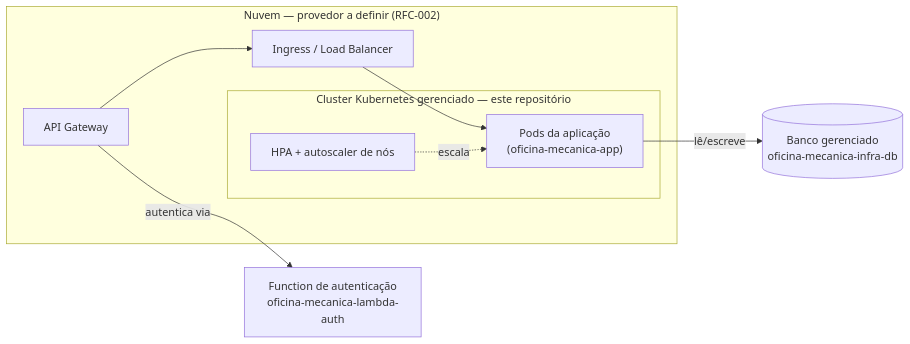
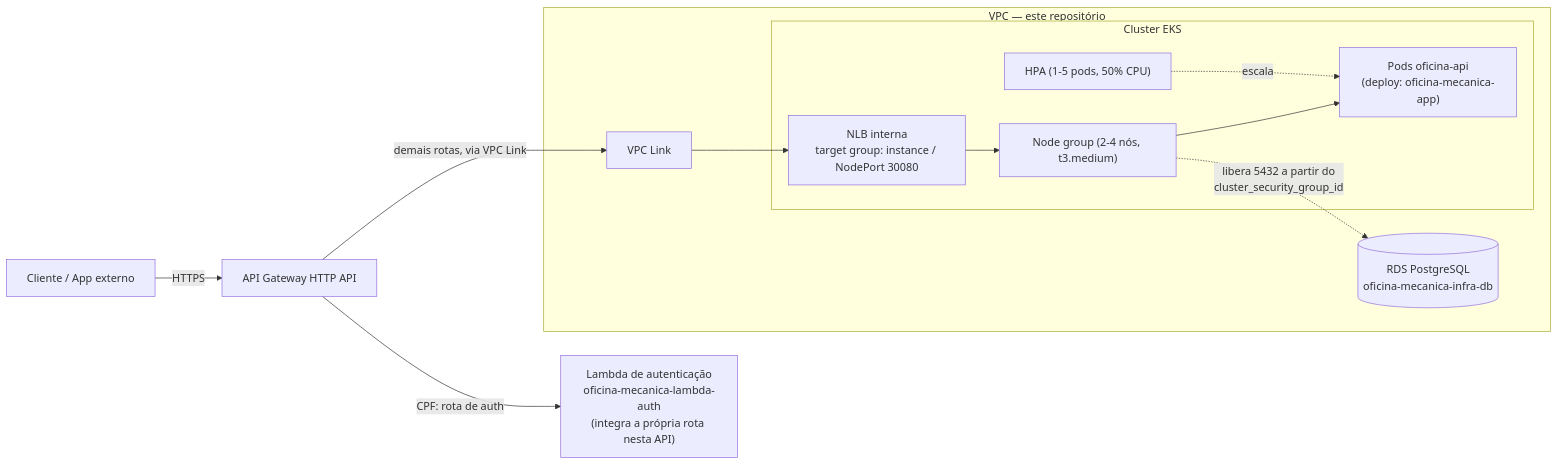
Before and after one commit to gabrielMauad/oficina-mecanica-infra-k8s: the diagram in README.md, drawn with Mermaid. The commit also changed other lines of this file and 11 other files, not shown here.

First line of the commit message:
feat: VPC, EKS, exposicao via NLB e API Gateway (Fase 3)

````diff
--- a/README.md
+++ b/README.md
@@ -45,15 +54,17 @@
 ```mermaid
 flowchart LR
-    subgraph Nuvem["Nuvem — provedor a definir (RFC-002)"]
-        GW[API Gateway]
-        LB[Ingress / Load Balancer]
-        subgraph K8S["Cluster Kubernetes gerenciado — este repositório"]
-            APIAPP["Pods da aplicação<br/>(oficina-mecanica-app)"]
-            HPA[HPA + autoscaler de nós]
+    Client[Cliente / App externo] -->|HTTPS| GW[API Gateway HTTP API]
+    GW -->|CPF: rota de auth| LAMBDA["Lambda de autenticação<br/>oficina-mecanica-lambda-auth<br/>(integra a própria rota nesta API)"]
+    GW -->|demais rotas, via VPC Link| VPCLINK[VPC Link]
+
+    subgraph VPC["VPC — este repositório"]
+        VPCLINK --> NLB["NLB interna<br/>target group: instance / NodePort 30080"]
+        subgraph EKS["Cluster EKS"]
+            NG["Node group (2-4 nós, t3.medium)"]
+            NLB --> NG
+            NG --> PODS["Pods oficina-api<br/>(deploy: oficina-mecanica-app)"]
+            HPA["HPA (1-5 pods, 50% CPU)"] -.escala.-> PODS
         end
+        NG -.libera 5432 a partir do<br/>cluster_security_group_id.-> RDS[("RDS PostgreSQL<br/>oficina-mecanica-infra-db")]
     end
-    GW --> LB --> APIAPP
-    HPA -.escala.-> APIAPP
-    APIAPP -->|lê/escreve| DB[("Banco gerenciado<br/>oficina-mecanica-infra-db")]
-    GW -->|autentica via| LAMBDA["Function de autenticação<br/>oficina-mecanica-lambda-auth"]
 ```
````
